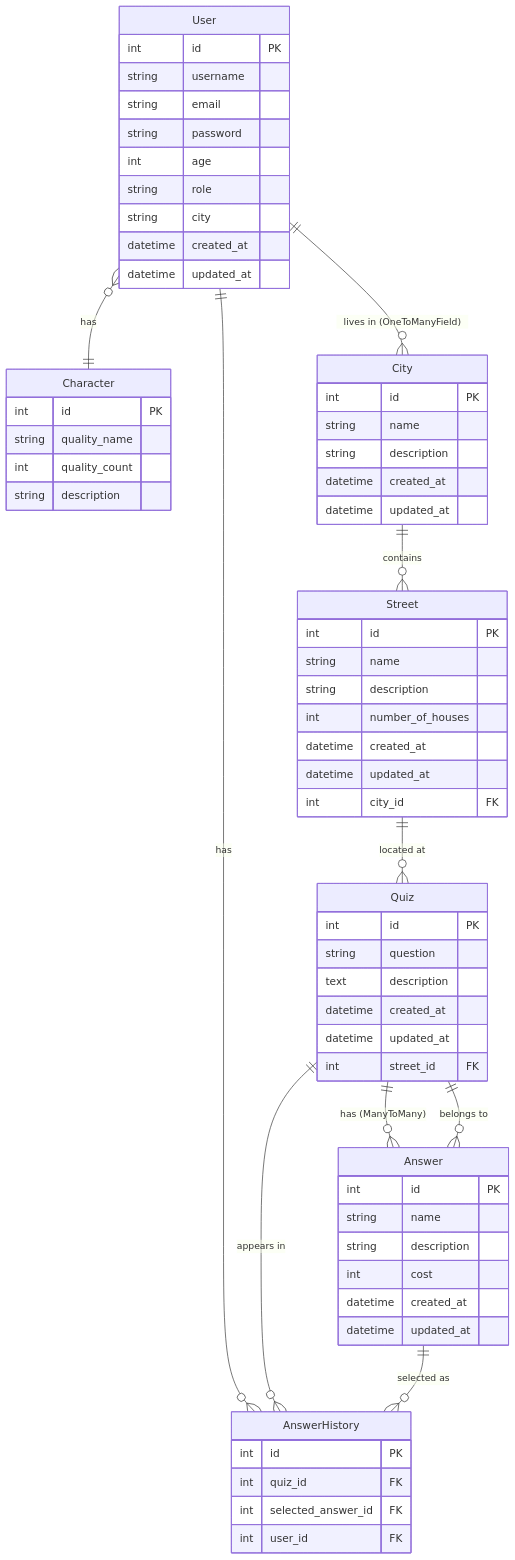
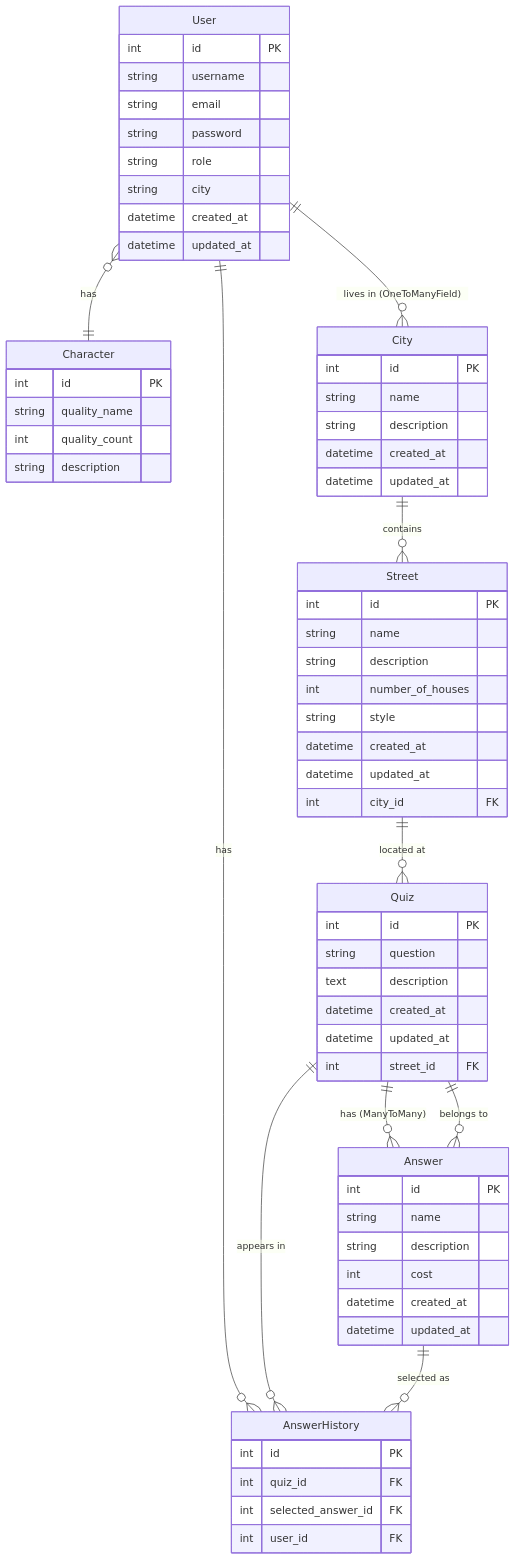
The diagram in person_ville/README.md (Chernov2312/PersonVille), drawn with Mermaid before and after one commit. The commit also changed 24 other files, not shown here.

````diff
--- a/person_ville/README.md
+++ b/person_ville/README.md
@@ -3,76 +3,76 @@
 ```mermaid
 erDiagram
     User {
         int id PK
         string username
         string email
         string password
-        int age
         string role
         string city
         datetime created_at
         datetime updated_at
     }
     
     Character {
         int id PK
         string quality_name
         int quality_count
         string description
     }
     
     City {
         int id PK
         string name
         string description
         datetime created_at
         datetime updated_at
     }
     
     Street {
         int id PK
         string name
         string description
         int number_of_houses
+        string style
         datetime created_at
         datetime updated_at
         int city_id FK
     }
     
     Quiz {
         int id PK
         string question
         text description
         datetime created_at
         datetime updated_at
         int street_id FK
     }
     
     Answer {
         int id PK
         string name
         string description
         int cost
         datetime created_at
         datetime updated_at
     }
     
     AnswerHistory {
         int id PK
         int quiz_id FK
         int selected_answer_id FK
         int user_id FK
     }
     
     %% Relationships
     User ||--o{ AnswerHistory : "has"
     Quiz ||--o{ AnswerHistory : "appears in"
     Answer ||--o{ AnswerHistory : "selected as"
     
     User }o--|| Character : "has"
     User ||--o{ City : "lives in (OneToManyField)" 
     City ||--o{ Street : "contains"
     Street ||--o{ Quiz : "located at"
     Quiz ||--o{ Answer : "has (ManyToMany)"
     Answer }o--|| Quiz : "belongs to"
 ```
````
